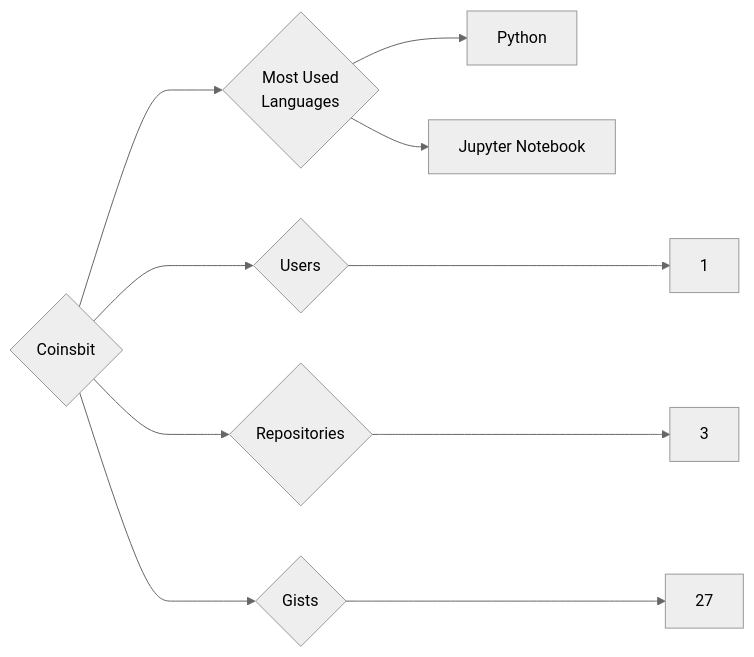
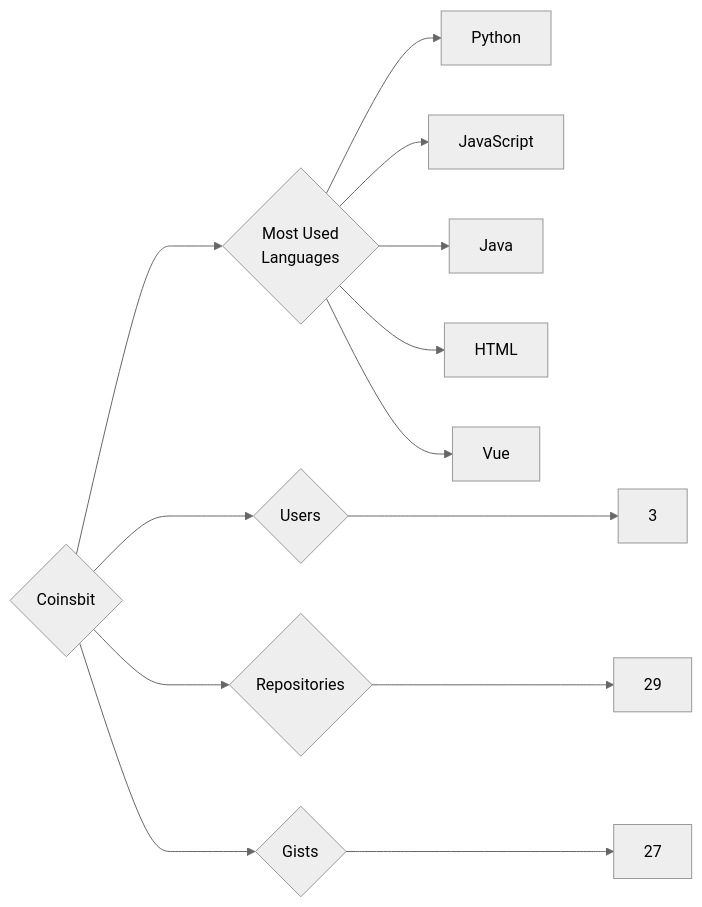
One commit to trickest/insiders changed the diagram in targets/Coinsbit/README.md. Above: the diagram before and after it, drawn with Mermaid (neutral theme). The commit also changed 1212 other files, not shown here.

````diff
--- a/targets/Coinsbit/README.md
+++ b/targets/Coinsbit/README.md
@@ -3,10 +3,13 @@
 ```mermaid
 graph LR
 COMPANY_NAME{Coinsbit}
-COMPANY_NAME ---> U{Users} ---> UN[1]
-COMPANY_NAME ---> R{Repositories} ---> RN[3]
+COMPANY_NAME ---> U{Users} ---> UN[3]
+COMPANY_NAME ---> R{Repositories} ---> RN[29]
 COMPANY_NAME ---> G{Gists} ---> GN[27]
 COMPANY_NAME ---> ML{Most Used<br>Languages}
 ML --> Python[Python]
-ML --> Jupyter_Notebook[Jupyter Notebook]
+ML --> JavaScript[JavaScript]
+ML --> Java[Java]
+ML --> HTML[HTML]
+ML --> Vue[Vue]
 ```
````
